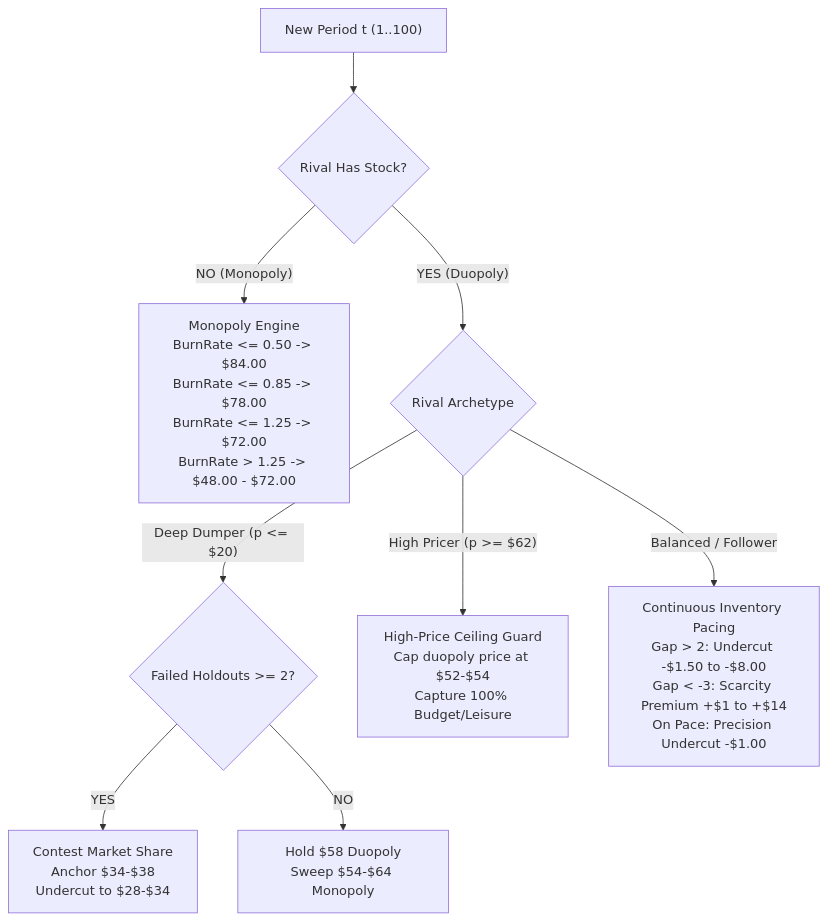
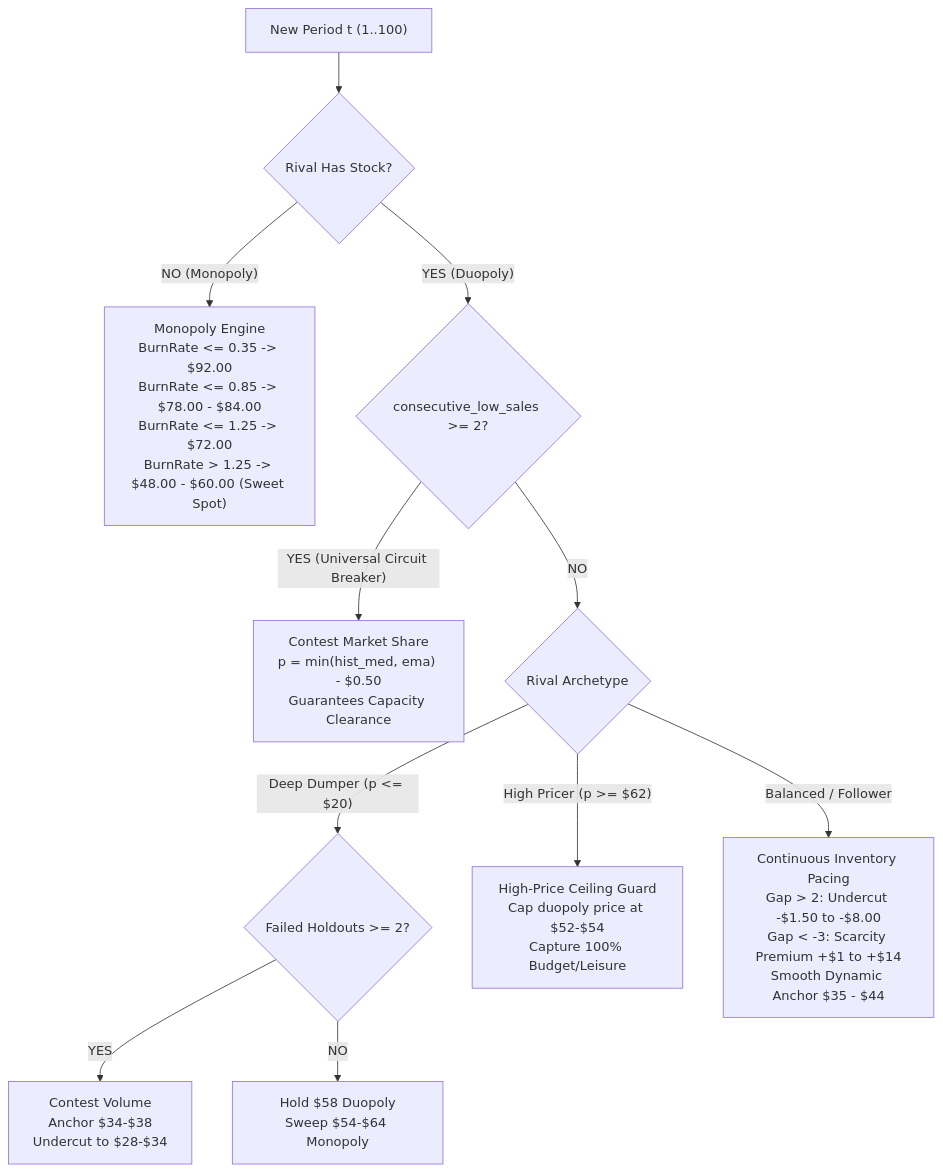
One commit to RamezCh/Learning-Optimization changed the diagram in README.md. Above: the diagram before and after it, drawn with Mermaid. The commit also changed other lines of this file and 4 other files, not shown here.

Commit message:
feat(algorithm): upgrade duopoly.py to v5.0 with universal circuit breaker, anchor smoothing, and documentation

````diff
--- a/README.md
+++ b/README.md
@@ -253,16 +253,20 @@
 ```mermaid
 flowchart TD
     Start["New Period t (1..100)"] --> StockCheck{"Rival Has Stock?"}
     
-    StockCheck -- "NO (Monopoly)" --> MonopolyEngine["Monopoly Engine<br>BurnRate <= 0.50 -> $84.00<br>BurnRate <= 0.85 -> $78.00<br>BurnRate <= 1.25 -> $72.00<br>BurnRate > 1.25 -> $48.00 - $72.00"]
+    StockCheck -- "NO (Monopoly)" --> MonopolyEngine["Monopoly Engine<br>BurnRate <= 0.35 -> $92.00<br>BurnRate <= 0.85 -> $78.00 - $84.00<br>BurnRate <= 1.25 -> $72.00<br>BurnRate > 1.25 -> $48.00 - $60.00 (Sweet Spot)"]
     
-    StockCheck -- "YES (Duopoly)" --> ArchetypeCheck{"Rival Archetype"}
+    StockCheck -- "YES (Duopoly)" --> CBCheck{"consecutive_low_sales >= 2?"}
+    
+    CBCheck -- "YES (Universal Circuit Breaker)" --> ContestMarket["Contest Market Share<br>p = min(hist_med, ema) - $0.50<br>Guarantees Capacity Clearance"]
+    
+    CBCheck -- "NO" --> ArchetypeCheck{"Rival Archetype"}
     
     ArchetypeCheck -- "Deep Dumper (p <= $20)" --> DumperCircuit{"Failed Holdouts >= 2?"}
-    DumperCircuit -- "YES" --> ContestMarket["Contest Market Share<br>Anchor $34-$38<br>Undercut to $28-$34"]
+    DumperCircuit -- "YES" --> ContestDumper["Contest Volume<br>Anchor $34-$38<br>Undercut to $28-$34"]
     DumperCircuit -- "NO" --> HoldoutRule["Hold $58 Duopoly<br>Sweep $54-$64 Monopoly"]
     
     ArchetypeCheck -- "High Pricer (p >= $62)" --> CeilingRule["High-Price Ceiling Guard<br>Cap duopoly price at $52-$54<br>Capture 100% Budget/Leisure"]
     
-    ArchetypeCheck -- "Balanced / Follower" --> PacingRule["Continuous Inventory Pacing<br>Gap > 2: Undercut -$1.50 to -$8.00<br>Gap < -3: Scarcity Premium +$1 to +$14<br>On Pace: Precision Undercut -$1.00"]
+    ArchetypeCheck -- "Balanced / Follower" --> PacingRule["Continuous Inventory Pacing<br>Gap > 2: Undercut -$1.50 to -$8.00<br>Gap < -3: Scarcity Premium +$1 to +$14<br>Smooth Dynamic Anchor $35 - $44"]
 ```
````
